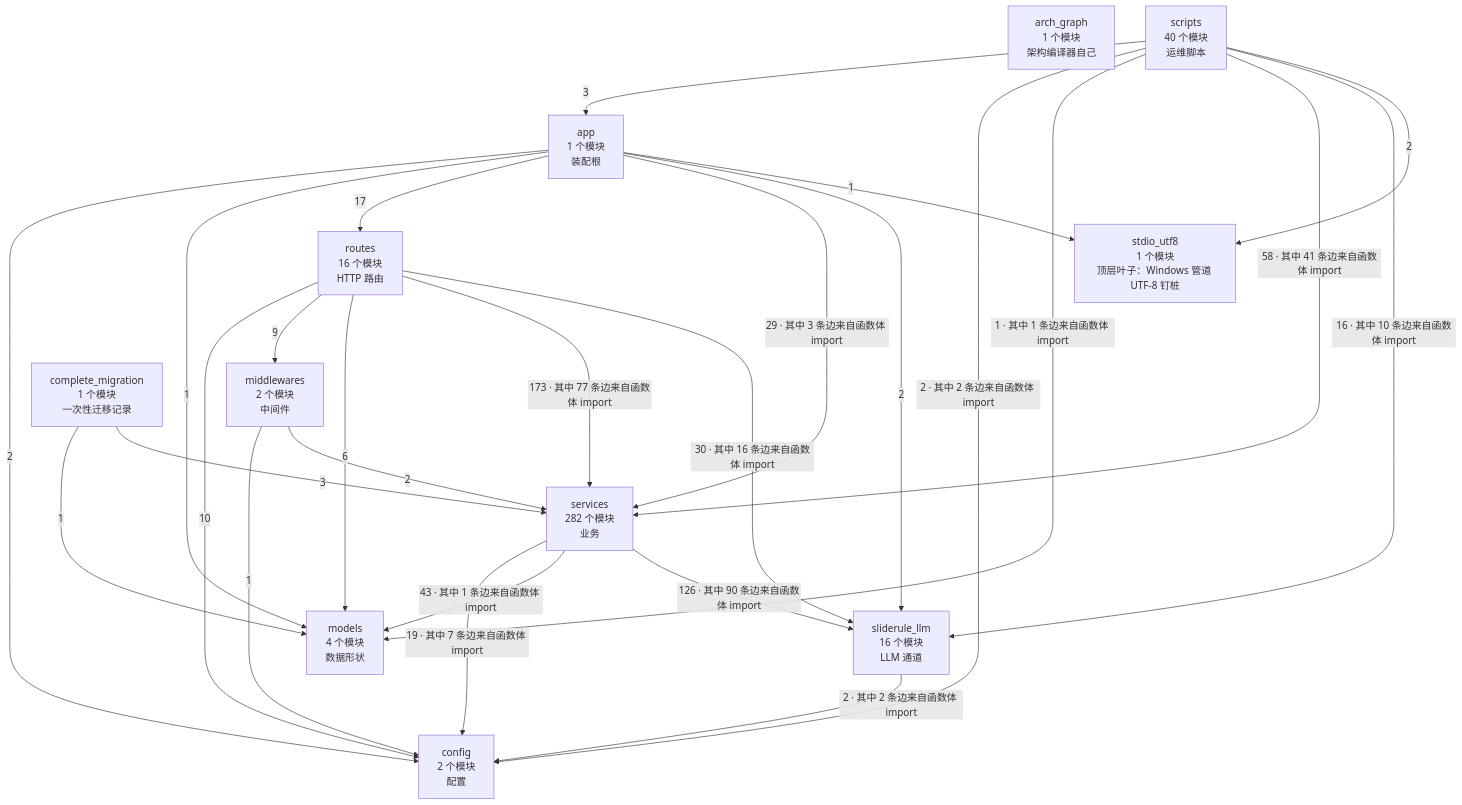
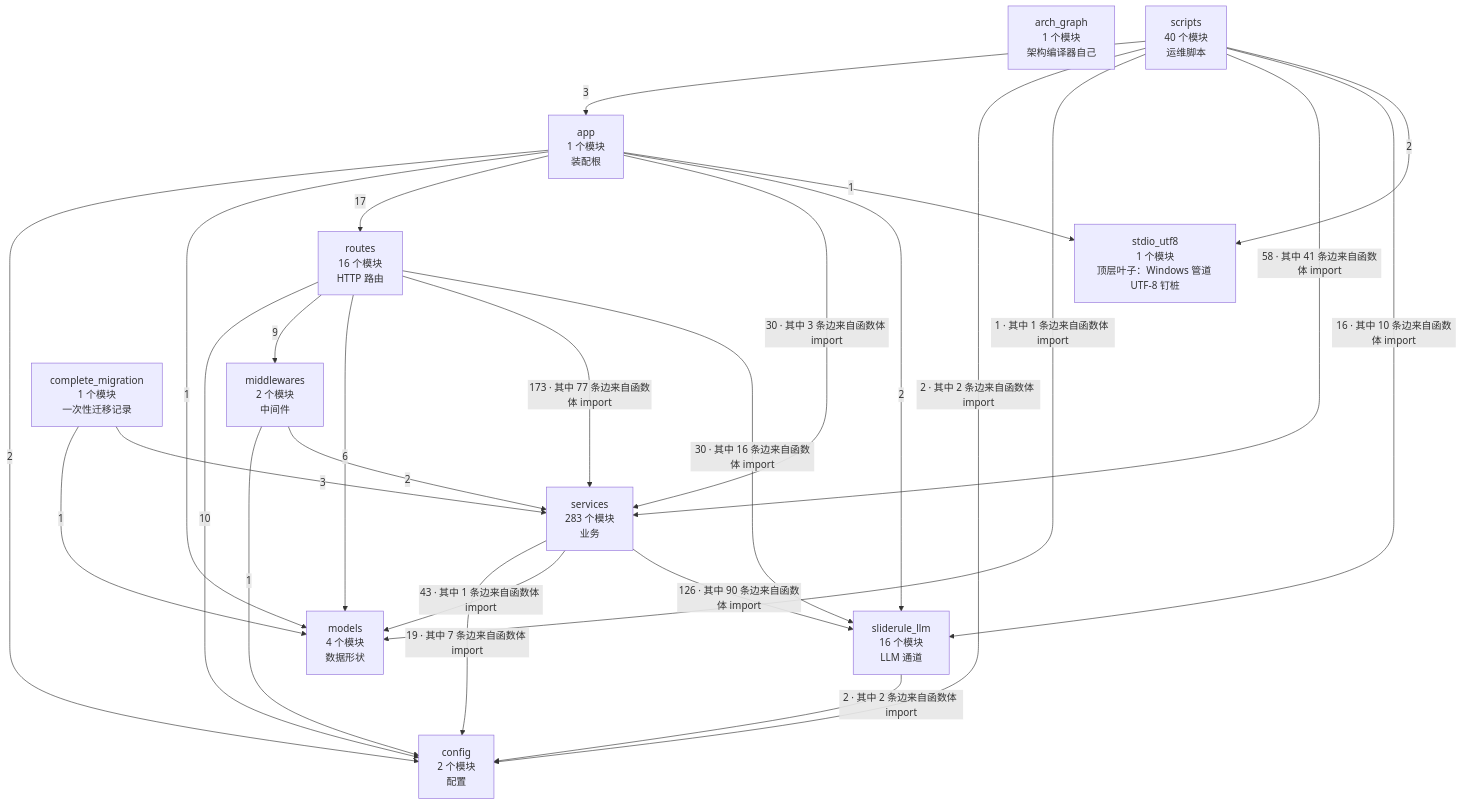
Before and after one commit to 2686521696/WhyBuddy: the second of 4 diagrams in docs/SlideRule V6.2 架构图（自动生成）.md, drawn with Mermaid. The commit also changed other lines of this file and 27 other files, not shown here.

````diff
--- a/docs/SlideRule V6.2 架构图（自动生成）.md
+++ b/docs/SlideRule V6.2 架构图（自动生成）.md
@@ -62,39 +62,39 @@
 ```mermaid
 flowchart TB
   arch_graph["arch_graph<br/>1 个模块<br/>架构编译器自己"]
   config["config<br/>2 个模块<br/>配置"]
   models["models<br/>4 个模块<br/>数据形状"]
   stdio_utf8["stdio_utf8<br/>1 个模块<br/>顶层叶子：Windows 管道 UTF-8 钉桩"]
   sliderule_llm["sliderule_llm<br/>16 个模块<br/>LLM 通道"]
   middlewares["middlewares<br/>2 个模块<br/>中间件"]
-  services["services<br/>282 个模块<br/>业务"]
+  services["services<br/>283 个模块<br/>业务"]
   routes["routes<br/>16 个模块<br/>HTTP 路由"]
   app["app<br/>1 个模块<br/>装配根"]
   complete_migration["complete_migration<br/>1 个模块<br/>一次性迁移记录"]
   scripts["scripts<br/>40 个模块<br/>运维脚本"]
   app -->|2| config
   app -->|1| models
   app -->|17| routes
-  app -->|29 · 其中 3 条边来自函数体 import| services
+  app -->|30 · 其中 3 条边来自函数体 import| services
   app -->|2| sliderule_llm
   app -->|1| stdio_utf8
   complete_migration -->|1| models
   complete_migration -->|3| services
   middlewares -->|1| config
   middlewares -->|2| services
   routes -->|10| config
   routes -->|9| middlewares
   routes -->|6| models
   routes -->|173 · 其中 77 条边来自函数体 import| services
   routes -->|30 · 其中 16 条边来自函数体 import| sliderule_llm
   scripts -->|3| app
   scripts -->|2 · 其中 2 条边来自函数体 import| config
   scripts -->|1 · 其中 1 条边来自函数体 import| models
   scripts -->|58 · 其中 41 条边来自函数体 import| services
   scripts -->|16 · 其中 10 条边来自函数体 import| sliderule_llm
   scripts -->|2| stdio_utf8
   services -->|19 · 其中 7 条边来自函数体 import| config
   services -->|43 · 其中 1 条边来自函数体 import| models
   services -->|126 · 其中 90 条边来自函数体 import| sliderule_llm
   sliderule_llm -->|2 · 其中 2 条边来自函数体 import| config
 ```
````
